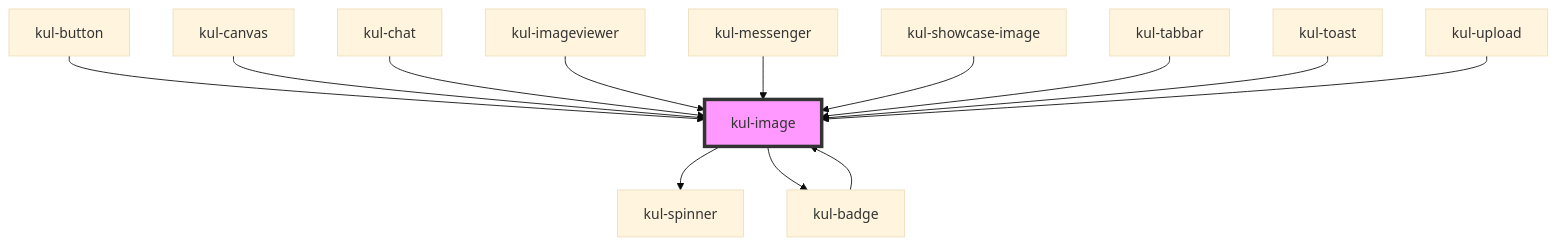
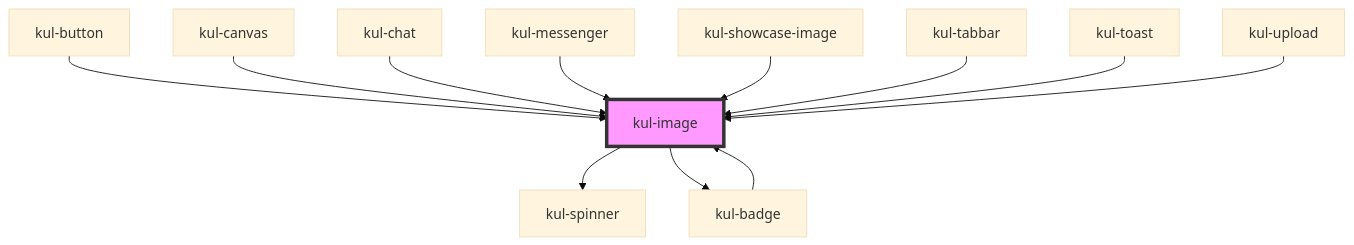
The diagram in packages/ketchup-lite/src/components/kul-image/readme.md (lucafoscili/ketchup-lite), drawn with Mermaid (base theme) before and after one commit. The commit also changed other lines of this file and 5 other files, not shown here.

````diff
--- a/packages/ketchup-lite/src/components/kul-image/readme.md
+++ b/packages/ketchup-lite/src/components/kul-image/readme.md
@@ -120,16 +119,15 @@
 ```mermaid
 graph TD;
   kul-image --> kul-spinner
   kul-image --> kul-badge
   kul-badge --> kul-image
   kul-button --> kul-image
   kul-canvas --> kul-image
   kul-chat --> kul-image
-  kul-imageviewer --> kul-image
   kul-messenger --> kul-image
   kul-showcase-image --> kul-image
   kul-tabbar --> kul-image
   kul-toast --> kul-image
   kul-upload --> kul-image
   style kul-image fill:#f9f,stroke:#333,stroke-width:4px
 ```
````
